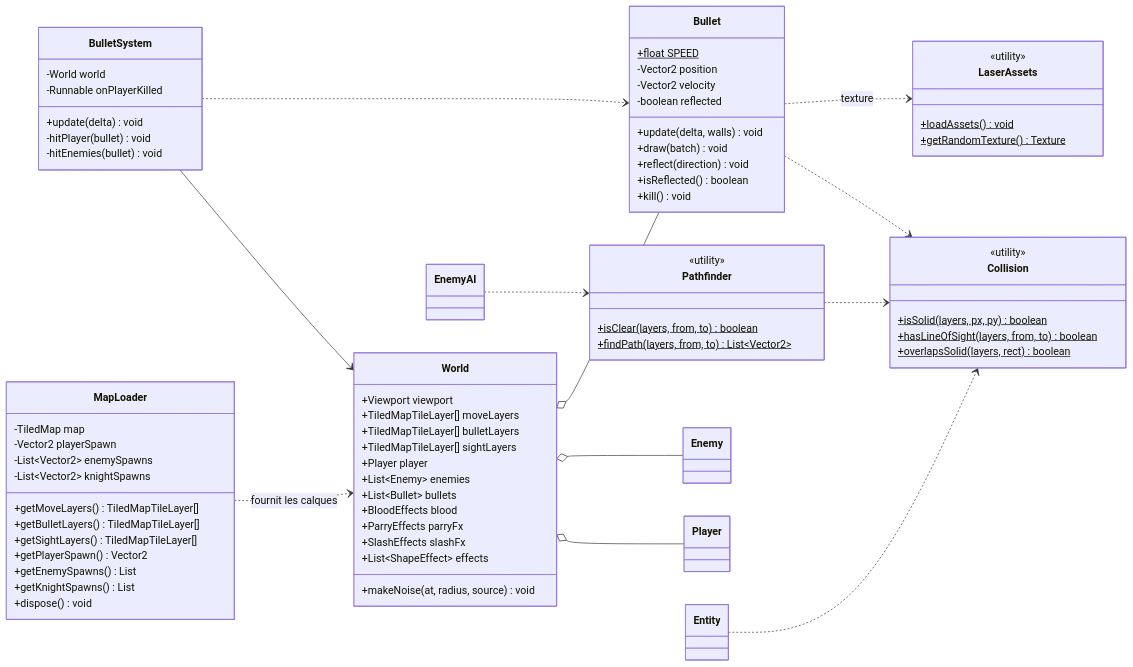
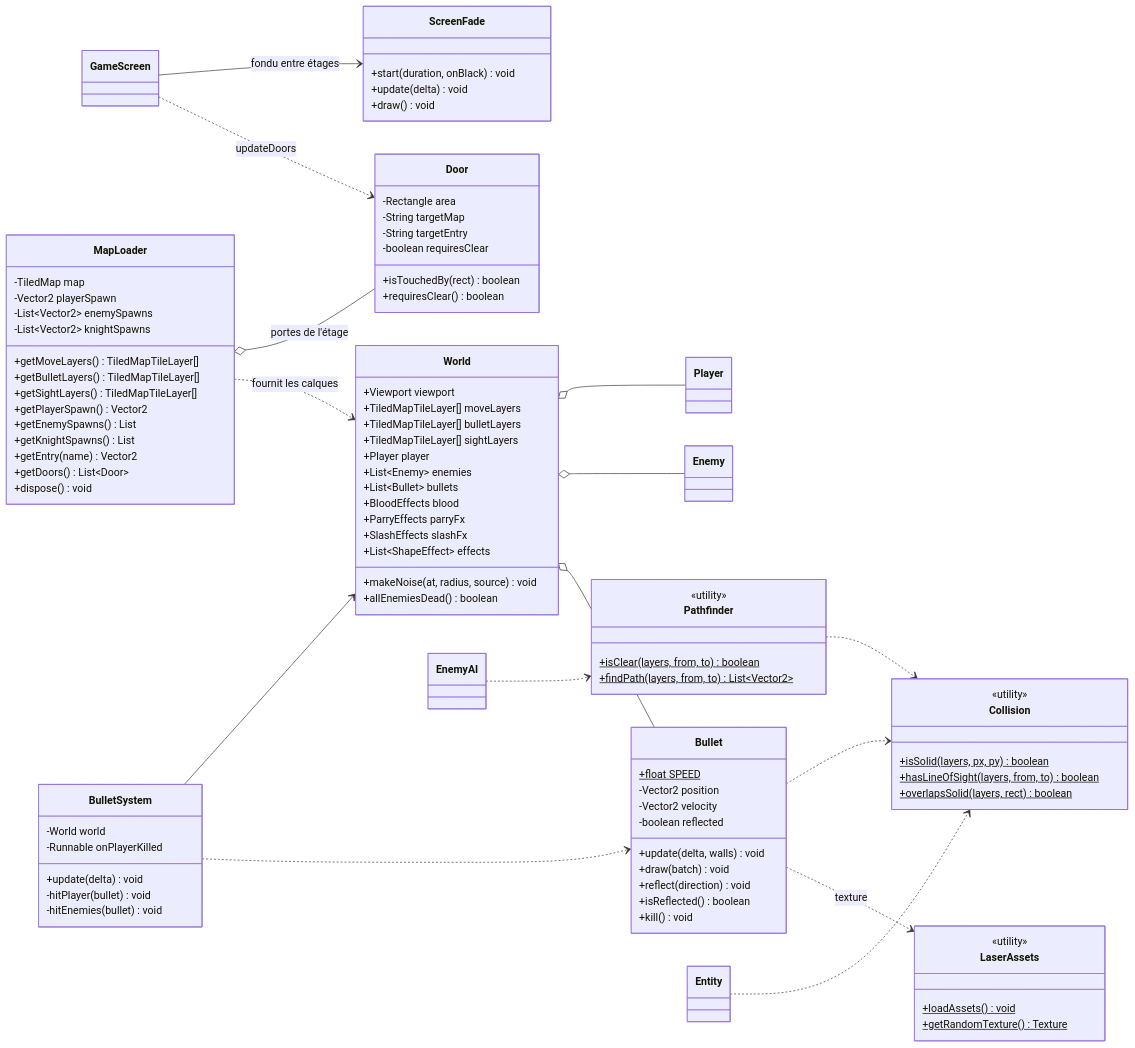
One commit to pixel-chrome/2D_game changed the fifth of 15 diagrams in docs/UML.md. Above: the diagram before and after it, drawn with Mermaid. The commit also changed other lines of this file and 6 other files, not shown here.

Commit message:
Docs : mise à jour pour les étages, portes, fondu, ombres et mode dieu

```diff
--- a/docs/UML.md
+++ b/docs/UML.md
@@ -393,6 +393,22 @@
         +SlashEffects slashFx
         +List~ShapeEffect~ effects
         +makeNoise(at, radius, source) void
+        +allEnemiesDead() boolean
+    }
+
+    class Door {
+        -Rectangle area
+        -String targetMap
+        -String targetEntry
+        -boolean requiresClear
+        +isTouchedBy(rect) boolean
+        +requiresClear() boolean
+    }
+
+    class ScreenFade {
+        +start(duration, onBlack) void
+        +update(delta) void
+        +draw() void
     }
 
     class MapLoader {
@@ -406,6 +422,8 @@
         +getPlayerSpawn() Vector2
         +getEnemySpawns() List
         +getKnightSpawns() List
+        +getEntry(name) Vector2
+        +getDoors() List~Door~
         +dispose() void
     }
 
@@ -449,6 +467,9 @@
     }
 
     World o-- Player
+    MapLoader o-- Door : portes de l'étage
+    GameScreen --> ScreenFade : fondu entre étages
+    GameScreen ..> Door : updateDoors
     World o-- Enemy
     World o-- Bullet
     MapLoader ..> World : fournit les calques
```
